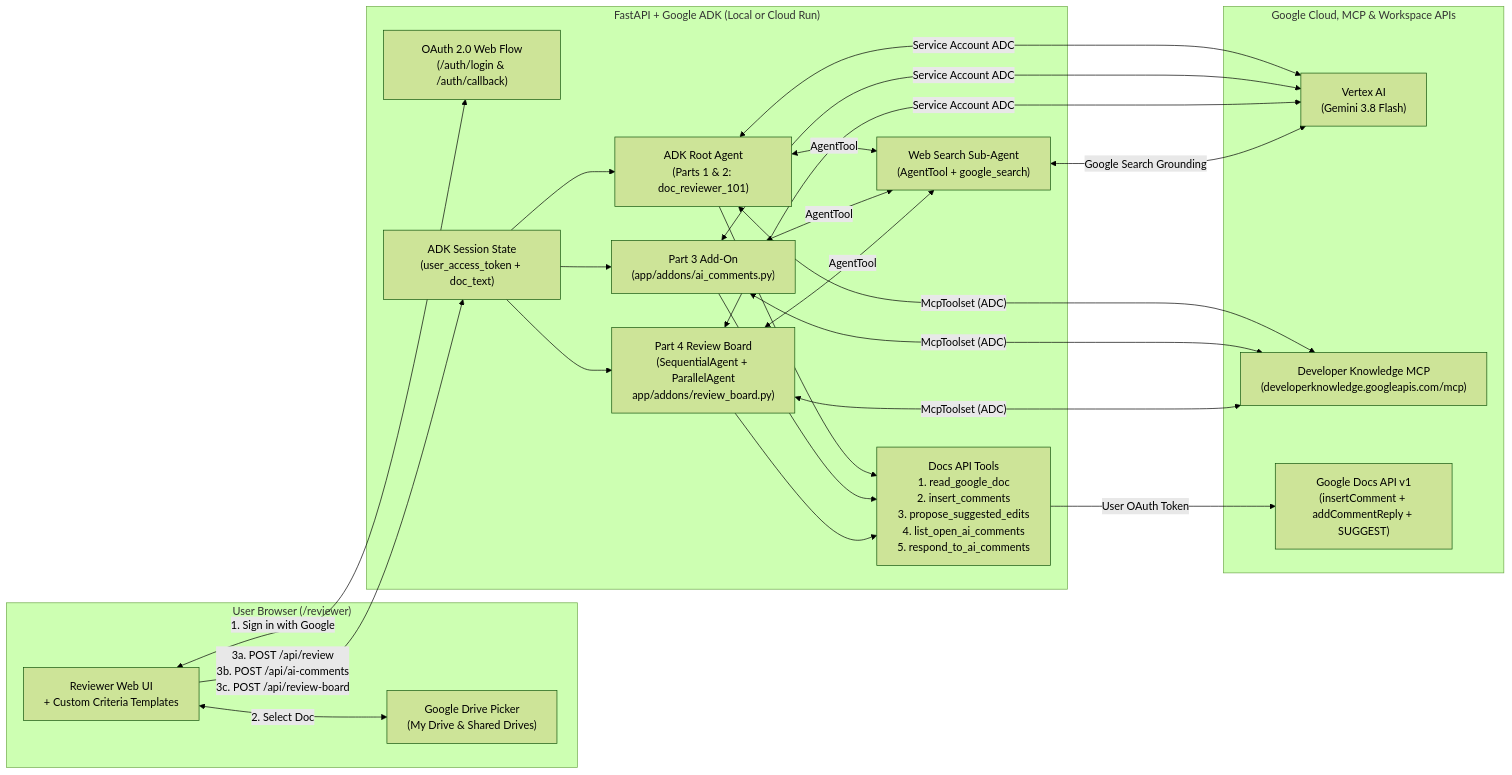
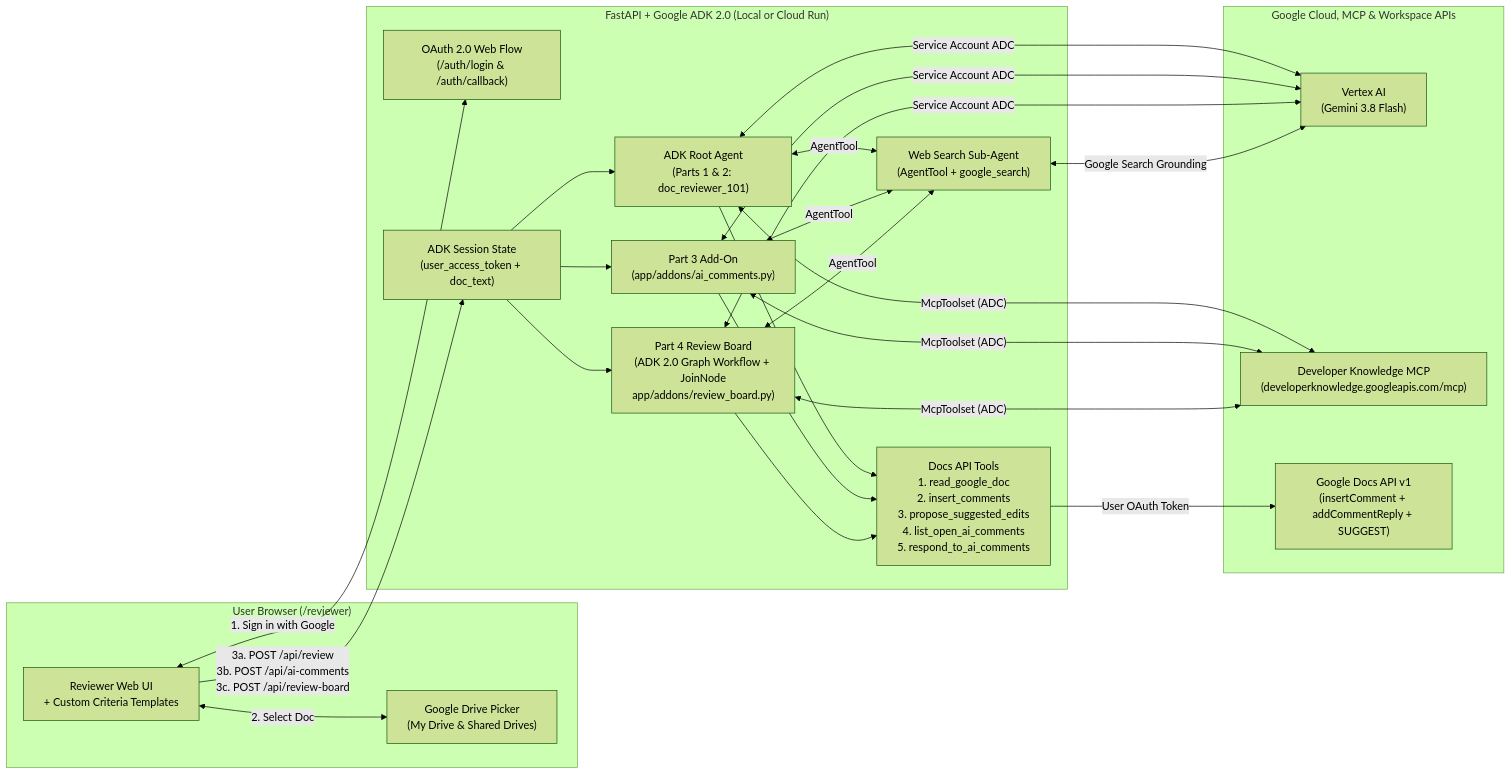
The diagram in README.md (rominirani/doc-reviewer-101), drawn with Mermaid (forest theme) before and after one commit. The commit also changed other lines of this file and 2 other files, not shown here.

Commit message:
feat(part4): upgrade Multi-Persona Review Board to ADK 2.0 Graph Workflow

````diff
--- a/README.md
+++ b/README.md
@@ -22,44 +22,44 @@
 ```mermaid
 flowchart LR
     subgraph Browser["User Browser (/reviewer)"]
         UI["Reviewer Web UI\n+ Custom Criteria Templates"]
         Picker["Google Drive Picker\n(My Drive & Shared Drives)"]
     end
 
-    subgraph CloudRun["FastAPI + Google ADK (Local or Cloud Run)"]
+    subgraph CloudRun["FastAPI + Google ADK 2.0 (Local or Cloud Run)"]
         Auth["OAuth 2.0 Web Flow\n(/auth/login & /auth/callback)"]
         State["ADK Session State\n(user_access_token + doc_text)"]
         Agent["ADK Root Agent\n(Parts 1 & 2: doc_reviewer_101)"]
         CommentAgent["Part 3 Add-On\n(app/addons/ai_comments.py)"]
-        ReviewBoard["Part 4 Review Board\n(SequentialAgent + ParallelAgent\napp/addons/review_board.py)"]
+        ReviewBoard["Part 4 Review Board\n(ADK 2.0 Graph Workflow + JoinNode\napp/addons/review_board.py)"]
         SearchAgent["Web Search Sub-Agent\n(AgentTool + google_search)"]
         Tools["Docs API Tools\n1. read_google_doc\n2. insert_comments\n3. propose_suggested_edits\n4. list_open_ai_comments\n5. respond_to_ai_comments"]
     end
 
     subgraph GCP["Google Cloud, MCP & Workspace APIs"]
         Vertex["Vertex AI\n(Gemini 3.8 Flash)"]
         DevKnow["Developer Knowledge MCP\n(developerknowledge.googleapis.com/mcp)"]
         DocsAPI["Google Docs API v1\n(insertComment + addCommentReply + SUGGEST)"]
     end
 
     UI <-->|"1. Sign in with Google"| Auth
     UI <-->|"2. Select Doc"| Picker
     UI -->|"3a. POST /api/review\n3b. POST /api/ai-comments\n3c. POST /api/review-board"| State
     State --> Agent
     State --> CommentAgent
     State --> ReviewBoard
     Agent <-->|"Service Account ADC"| Vertex
     CommentAgent <-->|"Service Account ADC"| Vertex
     ReviewBoard <-->|"Service Account ADC"| Vertex
     Agent <-->|"McpToolset (ADC)"| DevKnow
     CommentAgent <-->|"McpToolset (ADC)"| DevKnow
     ReviewBoard <-->|"McpToolset (ADC)"| DevKnow
     Agent <-->|"AgentTool"| SearchAgent
     CommentAgent <-->|"AgentTool"| SearchAgent
     ReviewBoard <-->|"AgentTool"| SearchAgent
     SearchAgent <-->|"Google Search Grounding"| Vertex
     Agent --> Tools
     CommentAgent --> Tools
     ReviewBoard --> Tools
     Tools -->|"User OAuth Token"| DocsAPI
 ```
````
